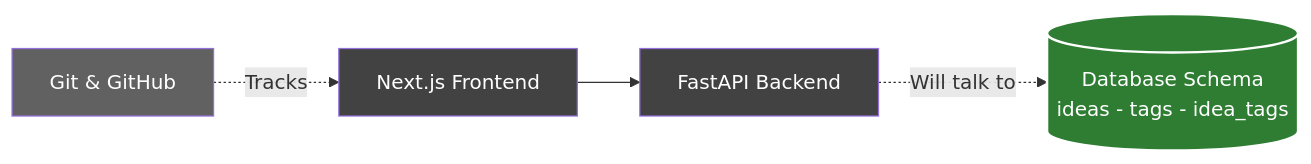
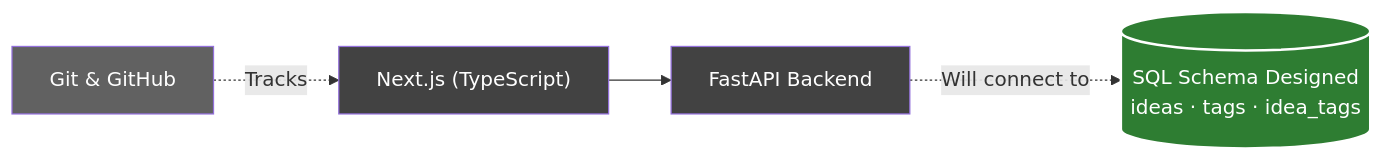
The eighth of 16 diagrams in AI_JOURNAL.md (Saima-H/orientrix-training), drawn with Mermaid before and after one commit. The commit also changed other lines of this file, not shown here.

````diff
--- a/AI_JOURNAL.md
+++ b/AI_JOURNAL.md
@@ -179,15 +184,15 @@
 ```mermaid
 flowchart LR
     Git["Git & GitHub"]:::past
-    FE["Next.js Frontend"]:::future
+    FE["Next.js (TypeScript)"]:::future
     BE["FastAPI Backend"]:::future
-    DB[("Database Schema<br/>ideas - tags - idea_tags")]:::day2
+    DB[("SQL Schema Designed<br/>ideas · tags · idea_tags")]:::day2
 
     Git -. "Tracks" .-> FE
     FE --> BE
-    BE -. "Will talk to" .-> DB
+    BE -. "Will connect to" .-> DB
 
     classDef past fill:#616161,color:#fff;
     classDef day2 fill:#2e7d32,color:#fff,stroke:#fff,stroke-width:2px;
     classDef future fill:#424242,color:#fff;
 ```
````
